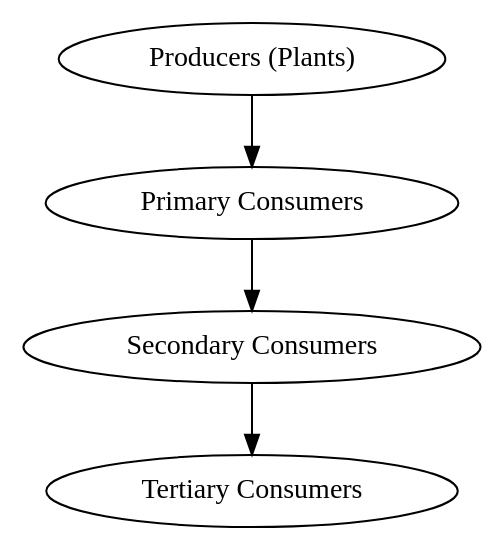
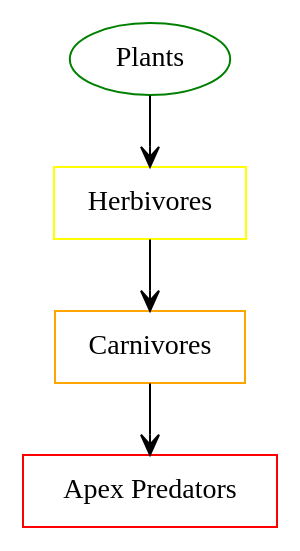
Before and after one commit to choprahetarth/diagram-generation-llm: the diagram in image.gv, drawn with Graphviz. The commit also changed 9 other files, not shown here.

```diff
--- a/image.gv
+++ b/image.gv
@@ -1,10 +1,10 @@
 // image
 digraph {
-	A [label="Producers (Plants)"]
-	B [label="Primary Consumers"]
-	C [label="Secondary Consumers"]
-	D [label="Tertiary Consumers"]
-	A -> B
-	B -> C
-	C -> D
+	A [label=Plants color=green shape=ellipse]
+	B [label=Herbivores color=yellow shape=rectangle]
+	A -> B [arrowhead=vee]
+	C [label=Carnivores color=orange shape=rectangle]
+	B -> C [arrowhead=vee]
+	D [label="Apex Predators" color=red shape=rectangle]
+	C -> D [arrowhead=vee]
 }
```
